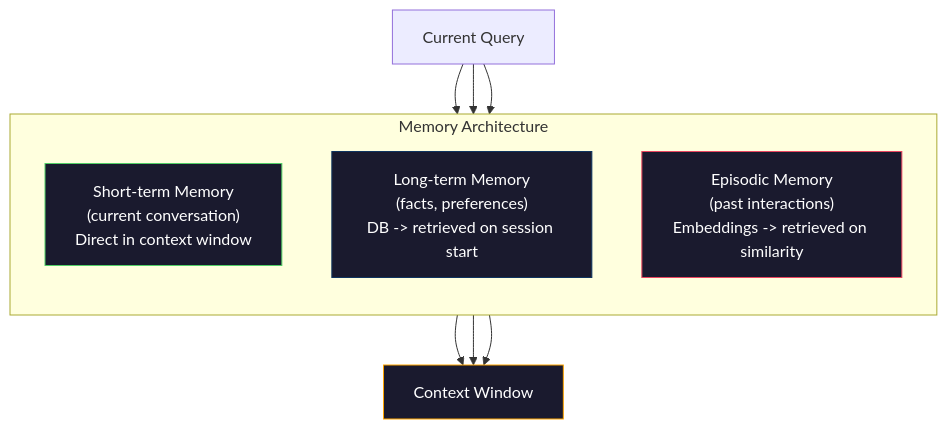
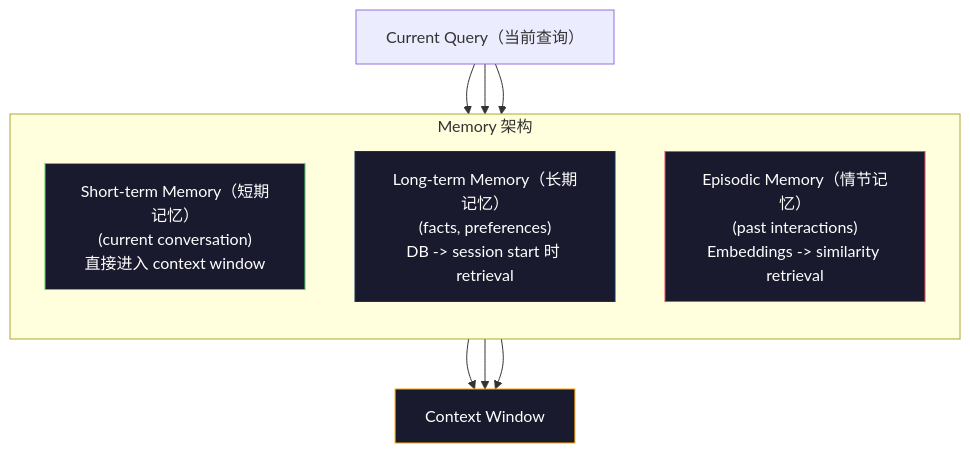
One commit to husky1102/ai-engineering-from-scratch-zh changed the third of 3 diagrams in phases/11-llm-engineering/05-context-engineering/docs/zh-CN.md. Above: the diagram before and after it, drawn with Mermaid. The commit also changed other lines of this file and 2 other files, not shown here.

Commit message:
fix(phase-11/05): polish context engineering lesson

````diff
--- a/phases/11-llm-engineering/05-context-engineering/docs/zh-CN.md
+++ b/phases/11-llm-engineering/05-context-engineering/docs/zh-CN.md
@@ -124,22 +124,22 @@
 ```mermaid
 graph TD
-    subgraph Memory["Memory Architecture"]
+    subgraph Memory["Memory 架构"]
         direction TB
-        STM["Short-term Memory\n(current conversation)\nDirect in context window"]
-        LTM["Long-term Memory\n(facts, preferences)\nDB -> retrieved on session start"]
-        EM["Episodic Memory\n(past interactions)\nEmbeddings -> retrieved on similarity"]
+        STM["Short-term Memory（短期记忆）\n(current conversation)\n直接进入 context window"]
+        LTM["Long-term Memory（长期记忆）\n(facts, preferences)\nDB -> session start 时 retrieval"]
+        EM["Episodic Memory（情节记忆）\n(past interactions)\nEmbeddings -> similarity retrieval"]
     end
 
-    Q["Current Query"] --> STM
+    Q["Current Query（当前查询）"] --> STM
     Q --> LTM
     Q --> EM
 
     STM --> CW["Context Window"]
     LTM --> CW
     EM --> CW
 
     style STM fill:#1a1a2e,stroke:#51cf66,color:#fff
     style LTM fill:#1a1a2e,stroke:#0f3460,color:#fff
     style EM fill:#1a1a2e,stroke:#e94560,color:#fff
     style CW fill:#1a1a2e,stroke:#ffa500,color:#fff
 ```
````
